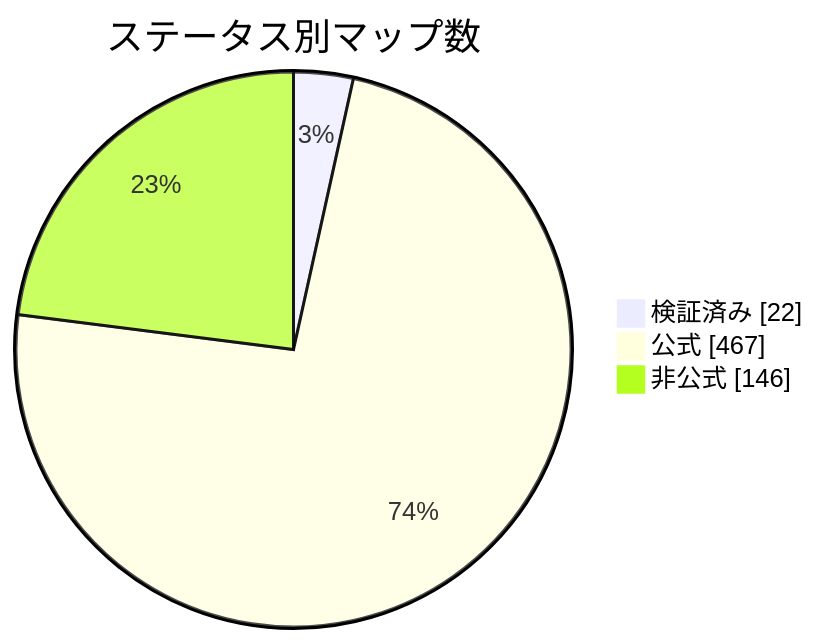
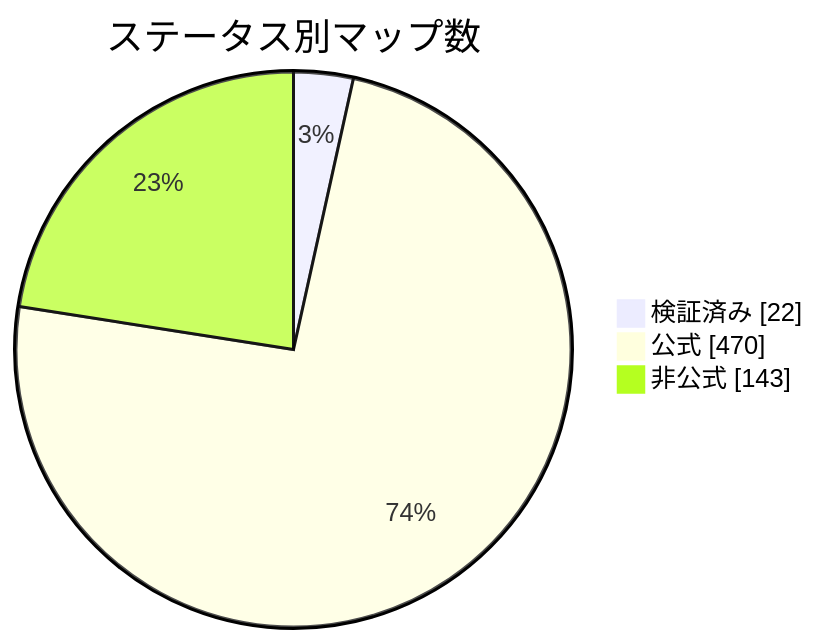
Before and after one commit to nobrega8/mbmap-library: the diagram in docs/readme/README_JP.md, drawn with Mermaid. The commit also changed 4 other files, not shown here.

````diff
--- a/docs/readme/README_JP.md
+++ b/docs/readme/README_JP.md
@@ -54,7 +54,7 @@
 ```mermaid
 pie showData
     title ステータス別マップ数
     "検証済み" : 22
-    "公式" : 467
-    "非公式" : 146
+    "公式" : 470
+    "非公式" : 143
 ```
````
